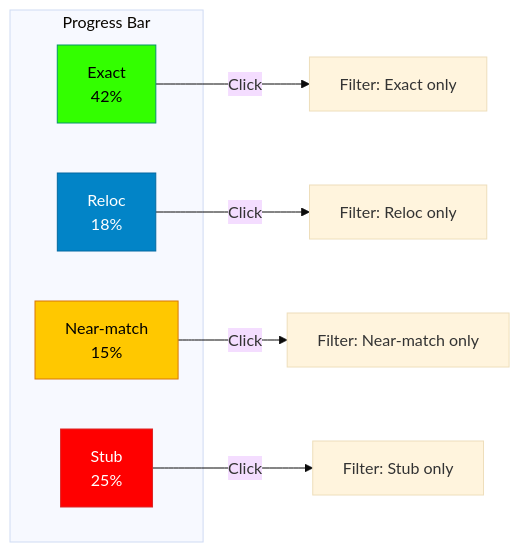
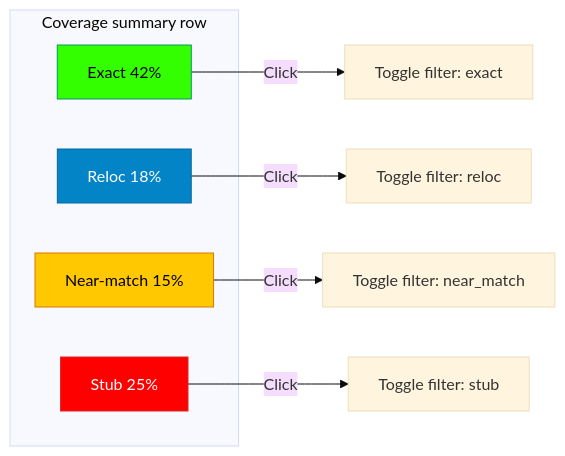
One commit to maci0/recoverage changed the eighth of 18 diagrams in docs/USER_STORIES.md. Above: the diagram before and after it, drawn with Mermaid (base theme). The commit also changed other lines of this file and 3 other files, not shown here.

````diff
--- a/docs/USER_STORIES.md
+++ b/docs/USER_STORIES.md
@@ -249,19 +249,19 @@
 ```mermaid
 graph LR
-    subgraph "Progress Bar"
-        E["Exact<br/>42%"]
-        R["Reloc<br/>18%"]
-        M["Near-match<br/>15%"]
-        S["Stub<br/>25%"]
+    subgraph "Coverage summary row"
+        E["Exact 42%"]
+        R["Reloc 18%"]
+        M["Near-match 15%"]
+        S["Stub 25%"]
     end
 
-    E -->|Click| FE["Filter: Exact only"]
-    R -->|Click| FR["Filter: Reloc only"]
-    M -->|Click| FM["Filter: Near-match only"]
-    S -->|Click| FS["Filter: Stub only"]
+    E -->|Click| FE["Toggle filter: exact"]
+    R -->|Click| FR["Toggle filter: reloc"]
+    M -->|Click| FM["Toggle filter: near_match"]
+    S -->|Click| FS["Toggle filter: stub"]
 
     style E fill:#33ff00,stroke:#059669,color:#000
     style R fill:#0284c7,stroke:#0369a1,color:#fff
     style M fill:#ffc800,stroke:#d97706,color:#000
     style S fill:#ff0000,stroke:#dc2626,color:#fff
 ```
````
